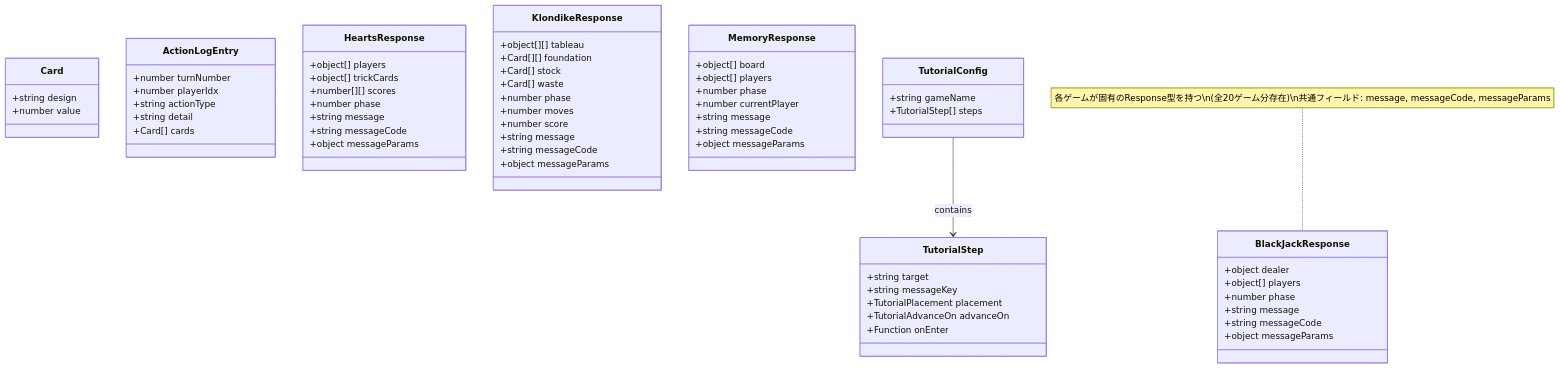
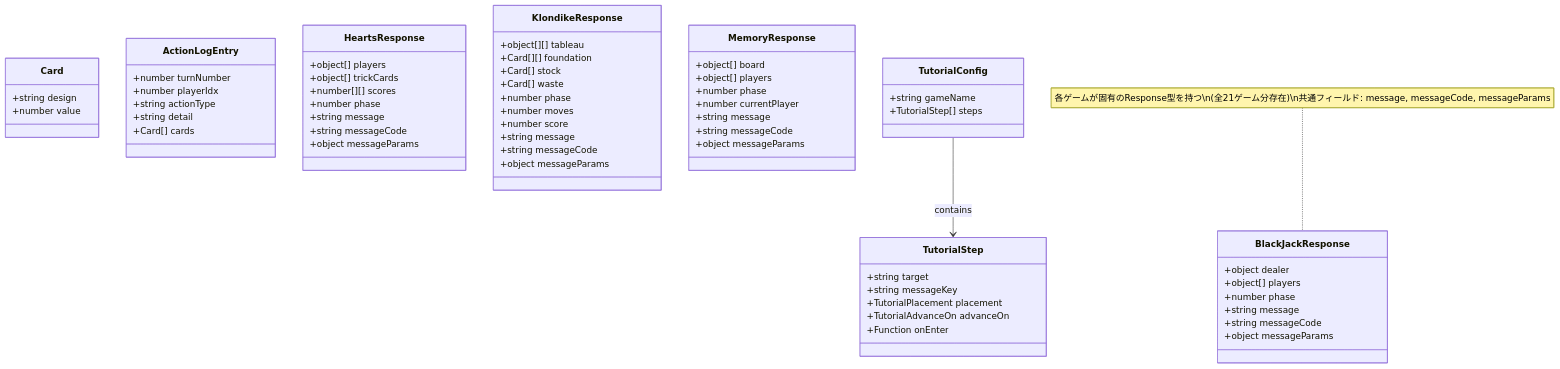
Before and after one commit to yuta-yoshinaga/go_trumpcards: the first of 18 diagrams in docs/design/frontend.md, drawn with Mermaid. The commit also changed other lines of this file and 51 other files, not shown here.

````diff
--- a/docs/design/frontend.md
+++ b/docs/design/frontend.md
@@ -34,74 +34,74 @@
 ```mermaid
 classDiagram
     class Card {
         +string design
         +number value
     }
 
     class ActionLogEntry {
         +number turnNumber
         +number playerIdx
         +string actionType
         +string detail
         +Card[] cards
     }
 
     class BlackJackResponse {
         +object dealer
         +object[] players
         +number phase
         +string message
         +string messageCode
         +object messageParams
     }
 
     class HeartsResponse {
         +object[] players
         +object[] trickCards
         +number[][] scores
         +number phase
         +string message
         +string messageCode
         +object messageParams
     }
 
     class KlondikeResponse {
         +object[][] tableau
         +Card[][] foundation
         +Card[] stock
         +Card[] waste
         +number phase
         +number moves
         +number score
         +string message
         +string messageCode
         +object messageParams
     }
 
     class MemoryResponse {
         +object[] board
         +object[] players
         +number phase
         +number currentPlayer
         +string message
         +string messageCode
         +object messageParams
     }
 
     class TutorialStep {
         +string target
         +string messageKey
         +TutorialPlacement placement
         +TutorialAdvanceOn advanceOn
         +Function onEnter
     }
 
     class TutorialConfig {
         +string gameName
         +TutorialStep[] steps
     }
 
     TutorialConfig --> TutorialStep : contains
 
-    note for BlackJackResponse "各ゲームが固有のResponse型を持つ\n(全20ゲーム分存在)\n共通フィールド: message, messageCode, messageParams"
+    note for BlackJackResponse "各ゲームが固有のResponse型を持つ\n(全21ゲーム分存在)\n共通フィールド: message, messageCode, messageParams"
 ```
````
